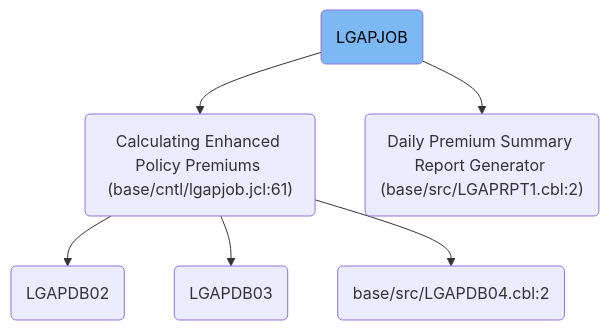
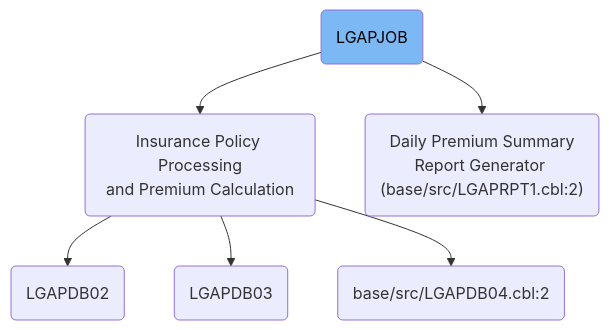
One commit to Swimm-Demo/cics-genapp-demo-ms changed the first of 2 diagrams in .swm/insurance-premium-calculation-workflow-lgapjob.7ovqiewi.sw.md. Above: the diagram before and after it, drawn with Mermaid.

Commit message:
Clarification

````diff
--- a/.swm/insurance-premium-calculation-workflow-lgapjob.7ovqiewi.sw.md
+++ b/.swm/insurance-premium-calculation-workflow-lgapjob.7ovqiewi.sw.md
@@ -8,54 +8,62 @@
 ```mermaid
 graph TD
   
-  zclat("LGAPJOB"):::currentEntity --> 9oxx0("Calculating Enhanced Policy Premiums (LGAPDB01)")
+  zclat("LGAPJOB"):::currentEntity --> 9oxx0("Insurance Policy Processing
+and Premium Calculation")
 click 9oxx0 openDoc ".swm/insurance-policy-processing-and-premium-calculation.t96is.sw.md"
-  9oxx0("Calculating Enhanced Policy Premiums (LGAPDB01)") --> fhxms(LGAPDB02)
+9oxx0 --> fhxms(LGAPDB02)
+
 click fhxms openCode "base/src/LGAPDB02.cbl:1"
   
   
-9oxx0("Calculating Enhanced Policy Premiums (LGAPDB01)") --> s9zv9(LGAPDB03)
+9oxx0--> s9zv9(LGAPDB03)
 click s9zv9 openCode "
 base/src/LGAPDB03.cbl:1"
   
   
-9oxx0("Calculating Enhanced Policy Premiums (base/cntl/lgapjob.jcl:61)") --> 54mcs(base/src/LGAPDB04.cbl:2)
+9oxx0 --> 54mcs( base/src/LGAPDB04.cbl:2)
 click 54mcs openCode "base/src/LGAPDB04.cbl:1"
   
   
   
-zclat("LGAPJOB"):::currentEntity --> awax4("Daily Premium Summary Report Generator (base/src/LGAPRPT1.cbl:2)")
+zclat("LGAPJOB"):::currentEntity --> awax4("Daily Premium Summary
+Report Generator (base/src/LGAPRPT1.cbl:2)
+")
 click awax4 openCode "base/src/LGAPRPT1.cbl:1"
   
   
   
 click zclat openCode "base/cntl/lgapjob.jcl:1"
     classDef currentEntity color:#000000,fill:#7CB9F4
 
 %% Swimm:
 %% graph TD
 %%   
-%%   zclat("LGAPJOB"):::currentEntity --> 9oxx0("Calculating Enhanced Policy Premiums (<SwmToken path="/base/cntl/lgapjob.jcl" pos="61:7:7" line-data="//STEP03   EXEC PGM=LGAPDB01,REGION=4M," repo-id="Z2l0aHViJTNBJTNBY2ljcy1nZW5hcHAtZGVtbyUzQSUzQXN3aW1taW8=" repo-name="cics-genapp-demo">`LGAPDB01`</SwmToken>)")
+%%   zclat("LGAPJOB"):::currentEntity --> 9oxx0("Insurance Policy Processing
+%% and Premium Calculation")
 %% click 9oxx0 openDoc ".swm/insurance-policy-processing-and-premium-calculation.t96is.sw.md"
-%%   9oxx0("Calculating Enhanced Policy Premiums (<SwmToken path="/base/cntl/lgapjob.jcl" pos="61:7:7" line-data="//STEP03   EXEC PGM=LGAPDB01,REGION=4M," repo-id="Z2l0aHViJTNBJTNBY2ljcy1nZW5hcHAtZGVtbyUzQSUzQXN3aW1taW8=" repo-name="cics-genapp-demo">`LGAPDB01`</SwmToken>)") --> fhxms(<SwmToken path="/base/src/LGAPDB02.cbl" pos="2:6:6" line-data="       PROGRAM-ID. LGAPDB02." repo-id="Z2l0aHViJTNBJTNBY2ljcy1nZW5hcHAtZGVtbyUzQSUzQXN3aW1taW8=" repo-name="cics-genapp-demo">`LGAPDB02`</SwmToken>)
+%% 9oxx0 --> fhxms(<SwmToken path="/base/src/LGAPDB02.cbl" pos="2:6:6" line-data="       PROGRAM-ID. LGAPDB02." repo-id="Z2l0aHViJTNBJTNBY2ljcy1nZW5hcHAtZGVtbyUzQSUzQXN3aW1taW8=" repo-name="cics-genapp-demo">`LGAPDB02`</SwmToken>)
+%% 
 %% click fhxms openCode "<SwmPath repo-id="Z2l0aHViJTNBJTNBY2ljcy1nZW5hcHAtZGVtbyUzQSUzQXN3aW1taW8=" repo-name="cics-genapp-demo" path="/base/src/LGAPDB02.cbl">`(cics-genapp-demo) base/src/LGAPDB02.cbl`</SwmPath>:1"
 %%   
 %%   
-%% 9oxx0("Calculating Enhanced Policy Premiums (<SwmToken path="/base/cntl/lgapjob.jcl" pos="61:7:7" line-data="//STEP03   EXEC PGM=LGAPDB01,REGION=4M," repo-id="Z2l0aHViJTNBJTNBY2ljcy1nZW5hcHAtZGVtbyUzQSUzQXN3aW1taW8=" repo-name="cics-genapp-demo">`LGAPDB01`</SwmToken>)") --> s9zv9(<SwmToken path="/base/src/LGAPDB03.cbl" pos="2:6:6" line-data="       PROGRAM-ID. LGAPDB03." repo-id="Z2l0aHViJTNBJTNBY2ljcy1nZW5hcHAtZGVtbyUzQSUzQXN3aW1taW8=" repo-name="cics-genapp-demo">`LGAPDB03`</SwmToken>)
+%% 9oxx0--> s9zv9(<SwmToken path="/base/src/LGAPDB03.cbl" pos="2:6:6" line-data="       PROGRAM-ID. LGAPDB03." repo-id="Z2l0aHViJTNBJTNBY2ljcy1nZW5hcHAtZGVtbyUzQSUzQXN3aW1taW8=" repo-name="cics-genapp-demo">`LGAPDB03`</SwmToken>)
 %% click s9zv9 openCode "
 %% <SwmPath repo-id="Z2l0aHViJTNBJTNBY2ljcy1nZW5hcHAtZGVtbyUzQSUzQXN3aW1taW8=" repo-name="cics-genapp-demo" path="/base/src/LGAPDB03.cbl">`(cics-genapp-demo) base/src/LGAPDB03.cbl`</SwmPath>:1"
 %%   
 %%   
-%% 9oxx0("Calculating Enhanced Policy Premiums (<SwmToken path="/base/cntl/lgapjob.jcl" pos="61:7:7" line-data="//STEP03   EXEC PGM=LGAPDB01,REGION=4M," repo-id="Z2l0aHViJTNBJTNBY2ljcy1nZW5hcHAtZGVtbyUzQSUzQXN3aW1taW8=" repo-name="cics-genapp-demo">`LGAPDB01`</SwmToken>)") --> 54mcs(<SwmToken path="/base/src/LGAPDB04.cbl" pos="2:6:6" line-data="       PROGRAM-ID. LGAPDB04." repo-id="Z2l0aHViJTNBJTNBY2ljcy1nZW5hcHAtZGVtbyUzQSUzQXN3aW1taW8=" repo-name="cics-genapp-demo">`LGAPDB04`</SwmToken>)
+%% 9oxx0 --> 54mcs( <SwmToken path="/base/src/LGAPDB04.cbl" pos="2:6:6" line-data="       PROGRAM-ID. LGAPDB04." repo-id="Z2l0aHViJTNBJTNBY2ljcy1nZW5hcHAtZGVtbyUzQSUzQXN3aW1taW8=" repo-name="cics-genapp-demo">`LGAPDB04`</SwmToken>)
 %% click 54mcs openCode "<SwmPath repo-id="Z2l0aHViJTNBJTNBY2ljcy1nZW5hcHAtZGVtbyUzQSUzQXN3aW1taW8=" repo-name="cics-genapp-demo" path="/base/src/LGAPDB04.cbl">`(cics-genapp-demo) base/src/LGAPDB04.cbl`</SwmPath>:1"
 %%   
 %%   
 %%   
-%% zclat("LGAPJOB"):::currentEntity --> awax4("Daily Premium Summary Report Generator (<SwmToken path="/base/src/LGAPRPT1.cbl" pos="2:6:6" line-data="       PROGRAM-ID. LGAPRPT1." repo-id="Z2l0aHViJTNBJTNBY2ljcy1nZW5hcHAtZGVtbyUzQSUzQXN3aW1taW8=" repo-name="cics-genapp-demo">`LGAPRPT1`</SwmToken>)")
+%% zclat("LGAPJOB"):::currentEntity --> awax4("Daily Premium Summary
+%% Report Generator (<SwmToken path="/base/src/LGAPRPT1.cbl" pos="2:6:6" line-data="       PROGRAM-ID. LGAPRPT1." repo-id="Z2l0aHViJTNBJTNBY2ljcy1nZW5hcHAtZGVtbyUzQSUzQXN3aW1taW8=" repo-name="cics-genapp-demo">`LGAPRPT1`</SwmToken>)
+%% ")
 %% click awax4 openCode "<SwmPath repo-id="Z2l0aHViJTNBJTNBY2ljcy1nZW5hcHAtZGVtbyUzQSUzQXN3aW1taW8=" repo-name="cics-genapp-demo" path="/base/src/LGAPRPT1.cbl">`(cics-genapp-demo) base/src/LGAPRPT1.cbl`</SwmPath>:1"
 %%   
 %%   
 %%   
 %% click zclat openCode "<SwmPath repo-id="Z2l0aHViJTNBJTNBY2ljcy1nZW5hcHAtZGVtbyUzQSUzQXN3aW1taW8=" repo-name="cics-genapp-demo" path="/base/cntl/lgapjob.jcl">`(cics-genapp-demo) base/cntl/lgapjob.jcl`</SwmPath>:1"
 %%     classDef currentEntity color:#000000,fill:#7CB9F4
 ```
````
